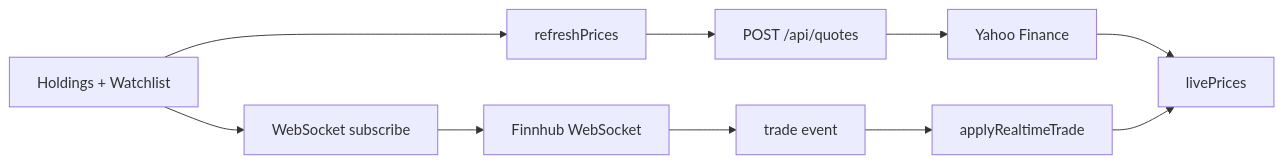
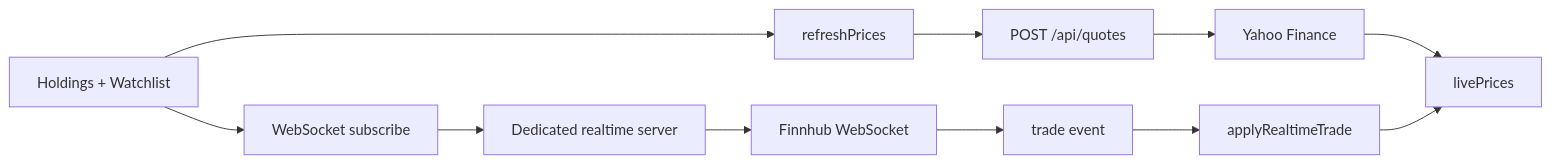
The second of 3 diagrams in docs/architecture.md (amuldi/Moayo_SmartPortfolio), drawn with Mermaid before and after one commit. The commit also changed other lines of this file and 15 other files, not shown here.

````diff
--- a/docs/architecture.md
+++ b/docs/architecture.md
@@ -35,13 +35,14 @@
 ```mermaid
 flowchart LR
   Holdings["Holdings + Watchlist"] --> Refresh["refreshPrices"]
   Refresh --> Quotes["POST /api/quotes"]
   Quotes --> Yahoo["Yahoo Finance"]
   Yahoo --> Store["livePrices"]
 
   Holdings --> Subscribe["WebSocket subscribe"]
-  Subscribe --> Finnhub["Finnhub WebSocket"]
+  Subscribe --> Realtime["Dedicated realtime server"]
+  Realtime --> Finnhub["Finnhub WebSocket"]
   Finnhub --> Trade["trade event"]
   Trade --> Apply["applyRealtimeTrade"]
   Apply --> Store
 ```
````
